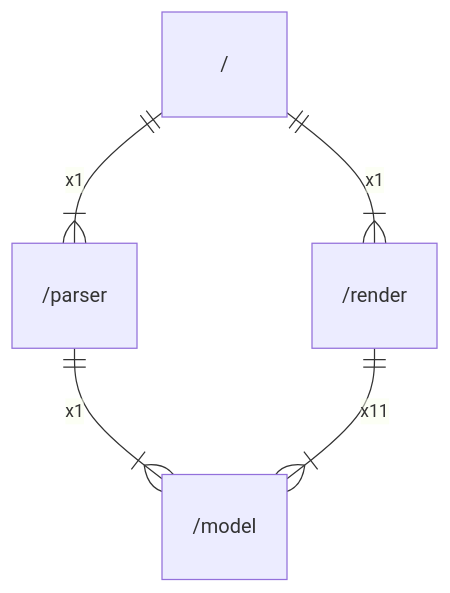
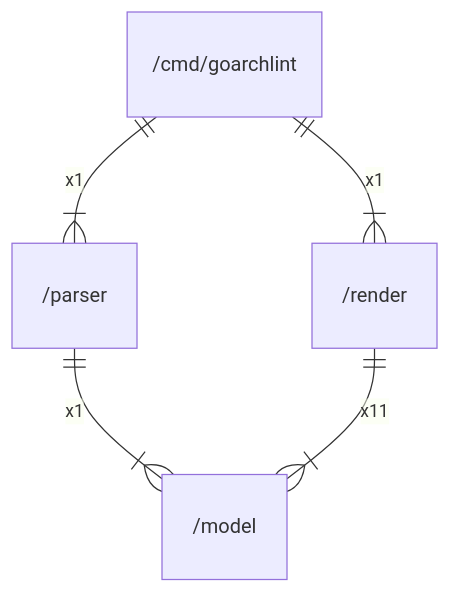
One commit to gbh007/goarchlint changed the diagram in doc/arch/README.md. Above: the diagram before and after it, drawn with Mermaid. The commit also changed other lines of this file and 11 other files, not shown here.

````diff
--- a/doc/arch/README.md
+++ b/doc/arch/README.md
@@ -43,7 +43,7 @@
 ```mermaid
 erDiagram
-    "/" ||--|{ "/parser" : x1
-    "/" ||--|{ "/render" : x1
+    "/cmd/goarchlint" ||--|{ "/parser" : x1
+    "/cmd/goarchlint" ||--|{ "/render" : x1
     "/parser" ||--|{ "/model" : x1
     "/render" ||--|{ "/model" : x11
 ```
````
